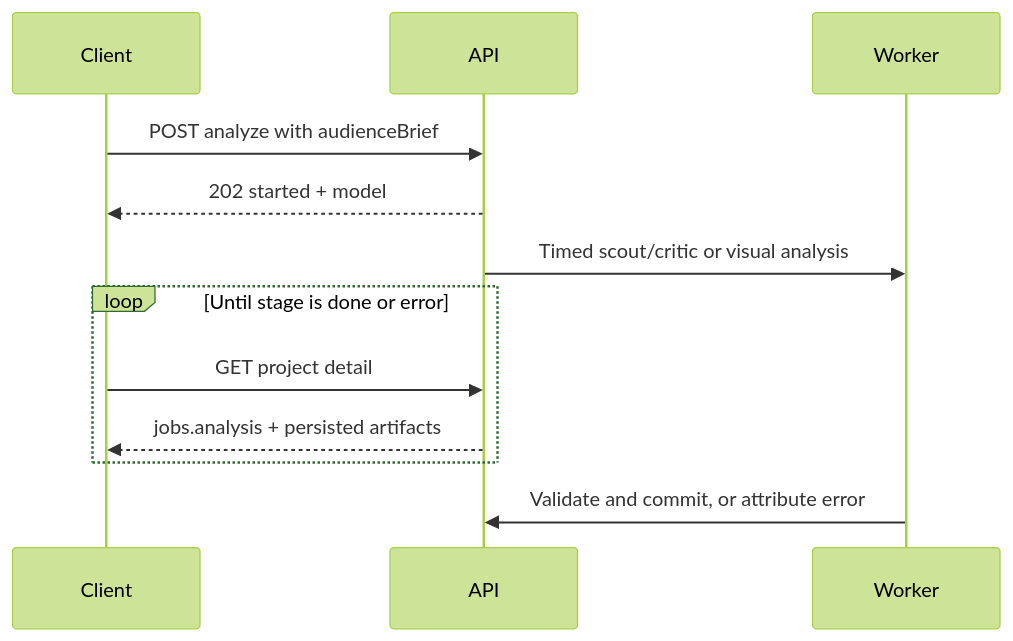
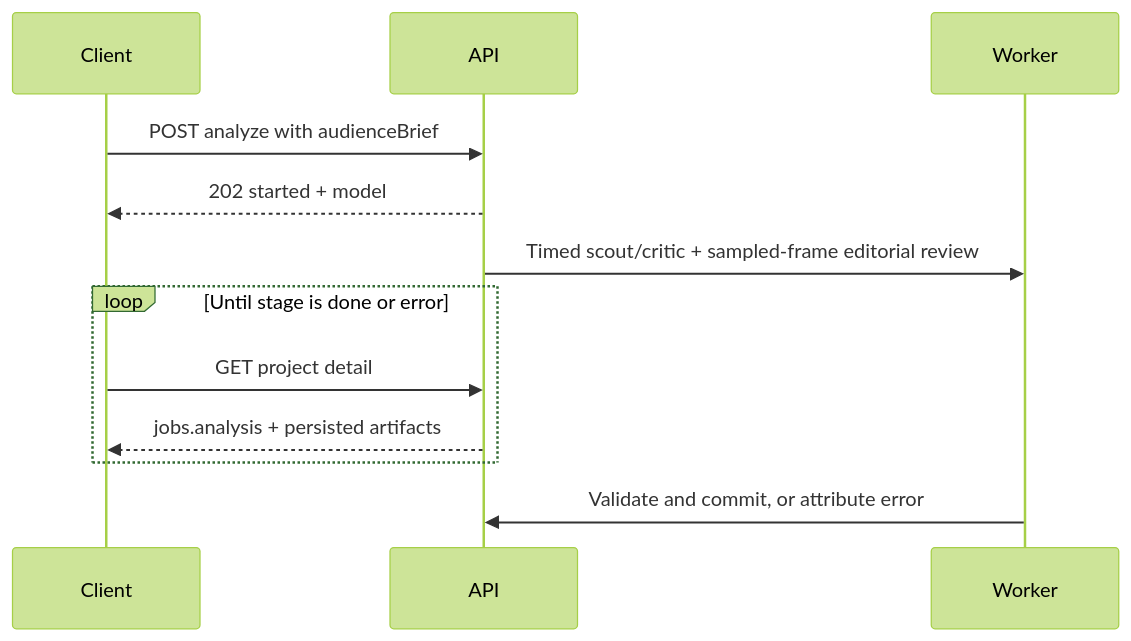
One commit to Adnr7/clipforge changed the diagram in docs/api.md. Above: the diagram before and after it, drawn with Mermaid (forest theme). The commit also changed other lines of this file and 35 other files, not shown here.

````diff
--- a/docs/api.md
+++ b/docs/api.md
@@ -85,14 +87,14 @@
 ```mermaid
 sequenceDiagram
   participant Client
   participant API
   participant Worker
   Client->>API: POST analyze with audienceBrief
   API-->>Client: 202 started + model
-  API->>Worker: Timed scout/critic or visual analysis
+  API->>Worker: Timed scout/critic + sampled-frame editorial review
   loop Until stage is done or error
     Client->>API: GET project detail
     API-->>Client: jobs.analysis + persisted artifacts
   end
   Worker->>API: Validate and commit, or attribute error
 ```
````
